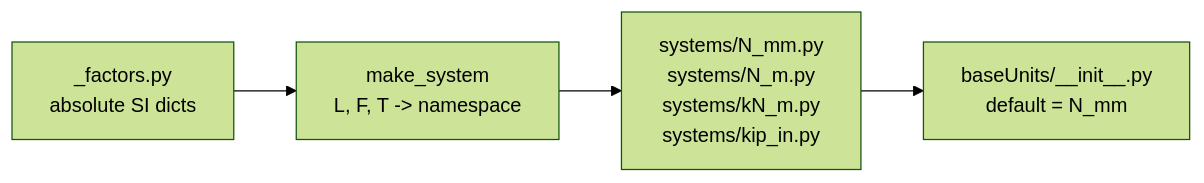
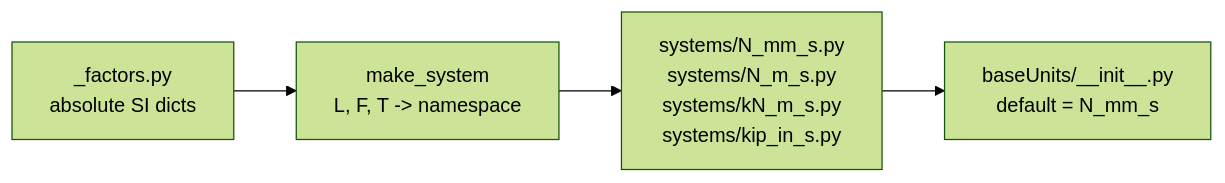
One commit to nmorabowen/baseUnits changed the diagram in docs/architecture.md. Above: the diagram before and after it, drawn with Mermaid (forest theme). The commit also changed other lines of this file and 20 other files, not shown here.

````diff
--- a/docs/architecture.md
+++ b/docs/architecture.md
@@ -5,6 +5,6 @@
 ```mermaid
 flowchart LR
     A[_factors.py<br/>absolute SI dicts] --> B[make_system<br/>L, F, T -> namespace]
-    B --> C[systems/N_mm.py<br/>systems/N_m.py<br/>systems/kN_m.py<br/>systems/kip_in.py]
-    C --> D[baseUnits/__init__.py<br/>default = N_mm]
+    B --> C[systems/N_mm_s.py<br/>systems/N_m_s.py<br/>systems/kN_m_s.py<br/>systems/kip_in_s.py]
+    C --> D[baseUnits/__init__.py<br/>default = N_mm_s]
 ```
````
